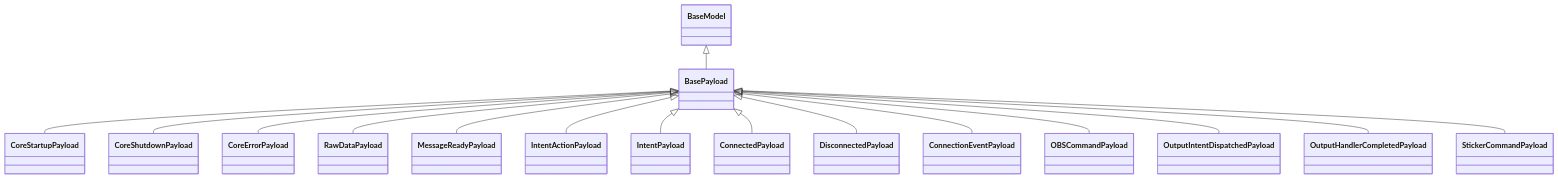
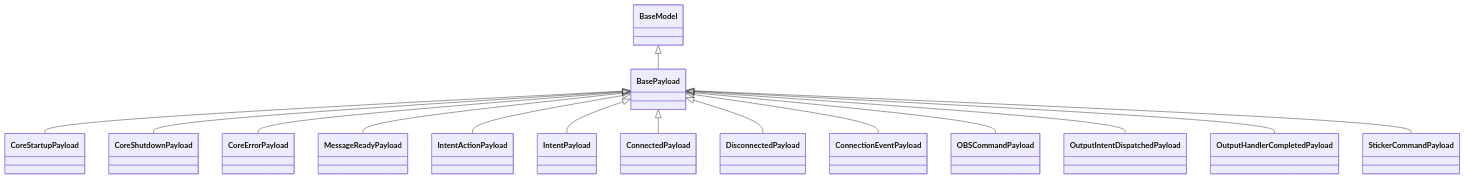
One commit to Mai-with-u/Amaidesu changed the second of 4 diagrams in docs/architecture/event-system.md. Above: the diagram before and after it, drawn with Mermaid. The commit also changed other lines of this file and 25 other files, not shown here.

````diff
--- a/docs/architecture/event-system.md
+++ b/docs/architecture/event-system.md
@@ -243,18 +243,17 @@
 ```mermaid
 classDiagram
     BaseModel <|-- BasePayload
     BasePayload <|-- CoreStartupPayload
     BasePayload <|-- CoreShutdownPayload
     BasePayload <|-- CoreErrorPayload
-    BasePayload <|-- RawDataPayload
     BasePayload <|-- MessageReadyPayload
     BasePayload <|-- IntentActionPayload
     BasePayload <|-- IntentPayload
     BasePayload <|-- ConnectedPayload
     BasePayload <|-- DisconnectedPayload
     BasePayload <|-- ConnectionEventPayload
     BasePayload <|-- OBSCommandPayload
     BasePayload <|-- OutputIntentDispatchedPayload
     BasePayload <|-- OutputHandlerCompletedPayload
     BasePayload <|-- StickerCommandPayload
 ```
````
